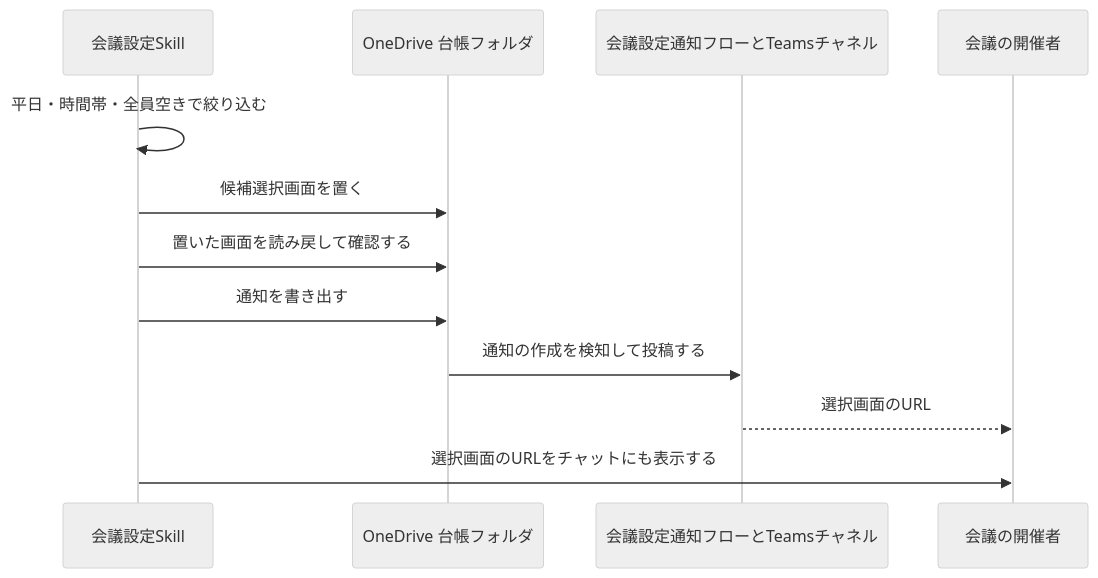
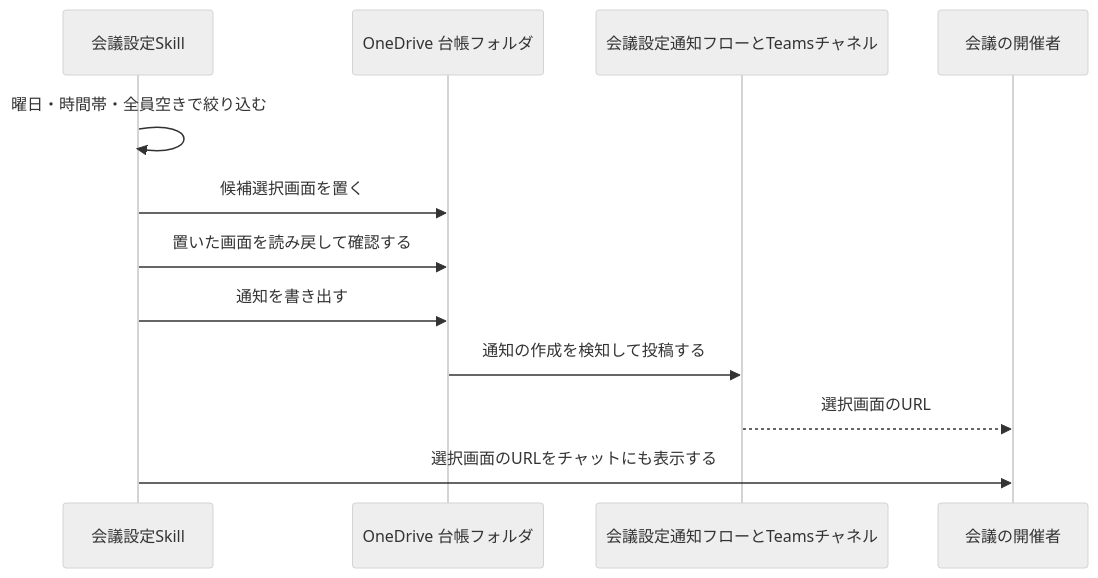
One commit to dnode-ryosuke-yamazaki/study changed the second of 7 diagrams in apps/meeting-setup-automation/specs/meeting-scheduling/design.md. Above: the diagram before and after it, drawn with Mermaid (neutral theme). The commit also changed other lines of this file and 3 other files, not shown here.

````diff
--- a/apps/meeting-setup-automation/specs/meeting-scheduling/design.md
+++ b/apps/meeting-setup-automation/specs/meeting-scheduling/design.md
@@ -73,15 +73,15 @@
 ```mermaid
 sequenceDiagram
     participant S as 会議設定Skill
     participant D as OneDrive 台帳フォルダ
     participant N as 会議設定通知フローとTeamsチャネル
     participant O as 会議の開催者
 
-    S->>S: 平日・時間帯・全員空きで絞り込む
+    S->>S: 曜日・時間帯・全員空きで絞り込む
     S->>D: 候補選択画面を置く
     S->>D: 置いた画面を読み戻して確認する
     S->>D: 通知を書き出す
     D->>N: 通知の作成を検知して投稿する
     N-->>O: 選択画面のURL
     S->>O: 選択画面のURLをチャットにも表示する
 ```
````
